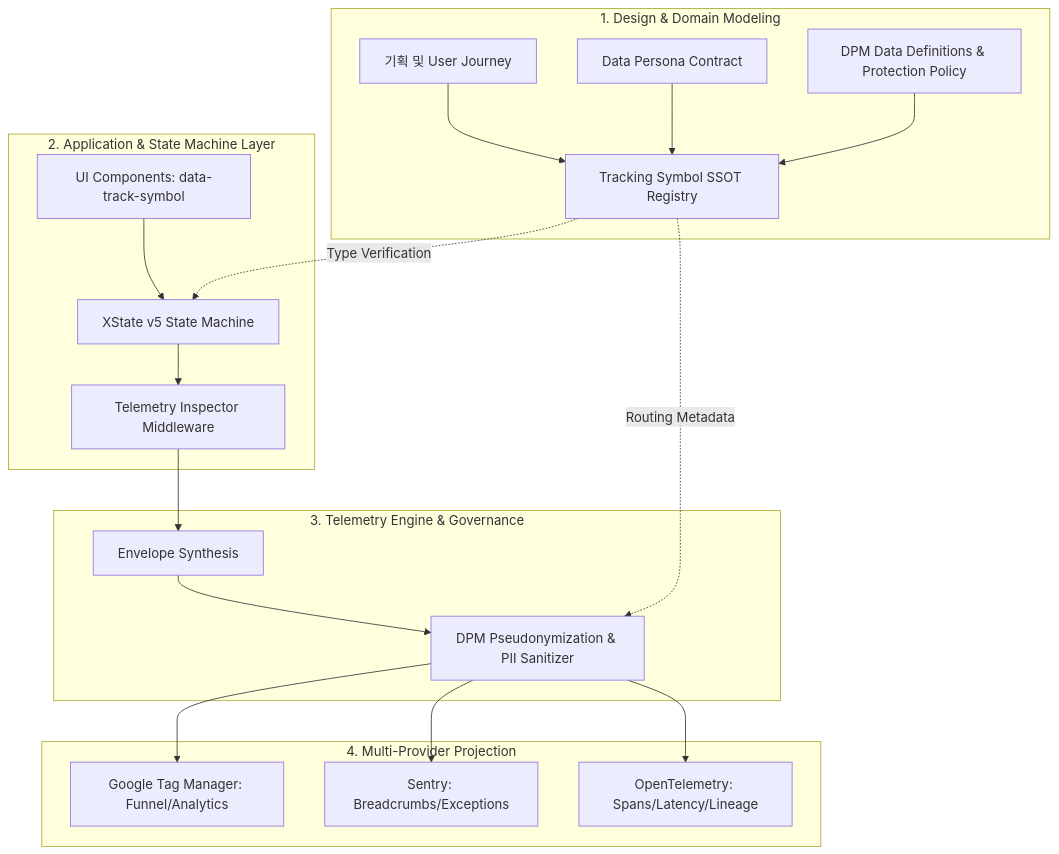
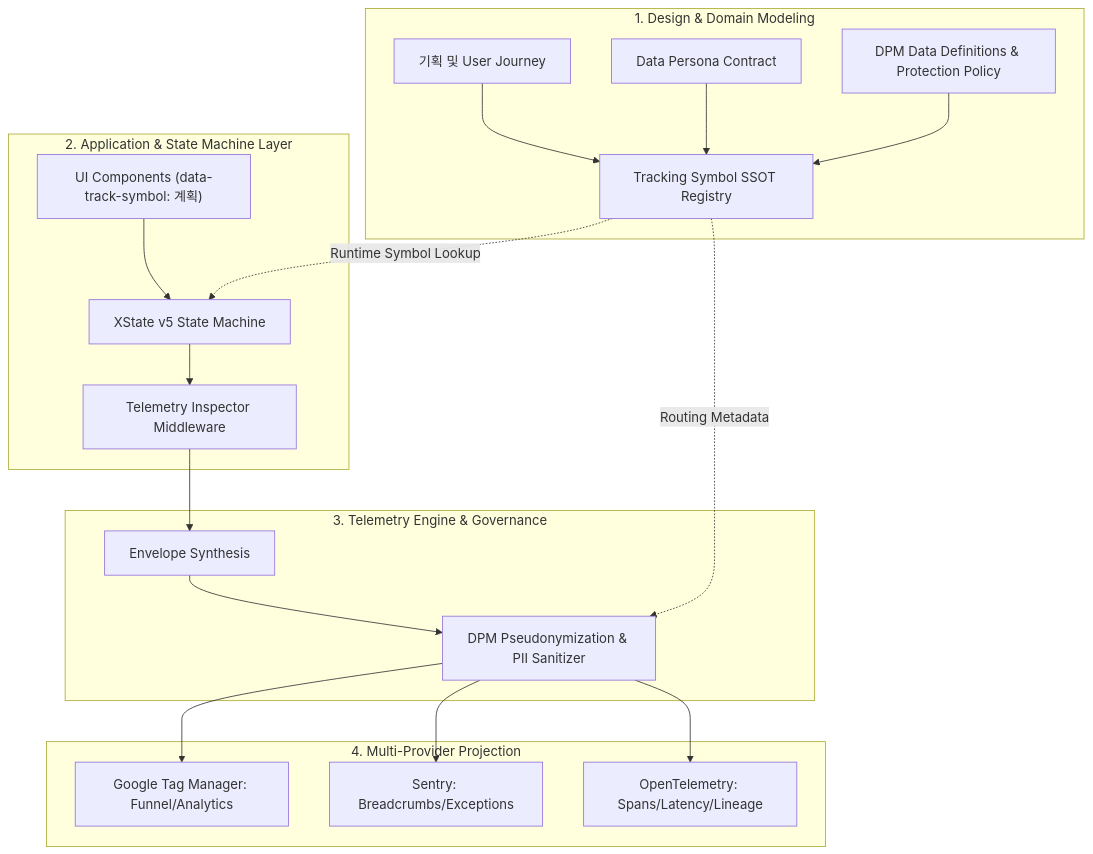
One commit to mineclover/oa-sdk changed the diagram in docs/concepts/design-driven-telemetry.md. Above: the diagram before and after it, drawn with Mermaid. The commit also changed other lines of this file and 30 other files, not shown here.

````diff
--- a/docs/concepts/design-driven-telemetry.md
+++ b/docs/concepts/design-driven-telemetry.md
@@ -13,27 +15,27 @@
 ```mermaid
 flowchart TD
   subgraph Design [1. Design & Domain Modeling]
     PRD[기획 및 User Journey] --> TR[Tracking Symbol SSOT Registry]
     DP[Data Persona Contract] --> TR
     DPM_SPEC[DPM Data Definitions & Protection Policy] --> TR
   end
 
   subgraph Runtime [2. Application & State Machine Layer]
-    UI[UI Components: data-track-symbol] --> FSM[XState v5 State Machine]
+    UI["UI Components (data-track-symbol: 계획)"] --> FSM[XState v5 State Machine]
     FSM --> INSP[Telemetry Inspector Middleware]
   end
 
   subgraph Processing [3. Telemetry Engine & Governance]
     INSP --> ENV[Envelope Synthesis]
     ENV --> DPM_ADAPT[DPM Pseudonymization & PII Sanitizer]
   end
 
   subgraph Projection [4. Multi-Provider Projection]
     DPM_ADAPT --> GTM[Google Tag Manager: Funnel/Analytics]
     DPM_ADAPT --> SENTRY[Sentry: Breadcrumbs/Exceptions]
     DPM_ADAPT --> OTEL[OpenTelemetry: Spans/Latency/Lineage]
   end
 
-  TR -. Type Verification .-> FSM
+  TR -. Runtime Symbol Lookup .-> FSM
   TR -. Routing Metadata .-> DPM_ADAPT
 ```
````
